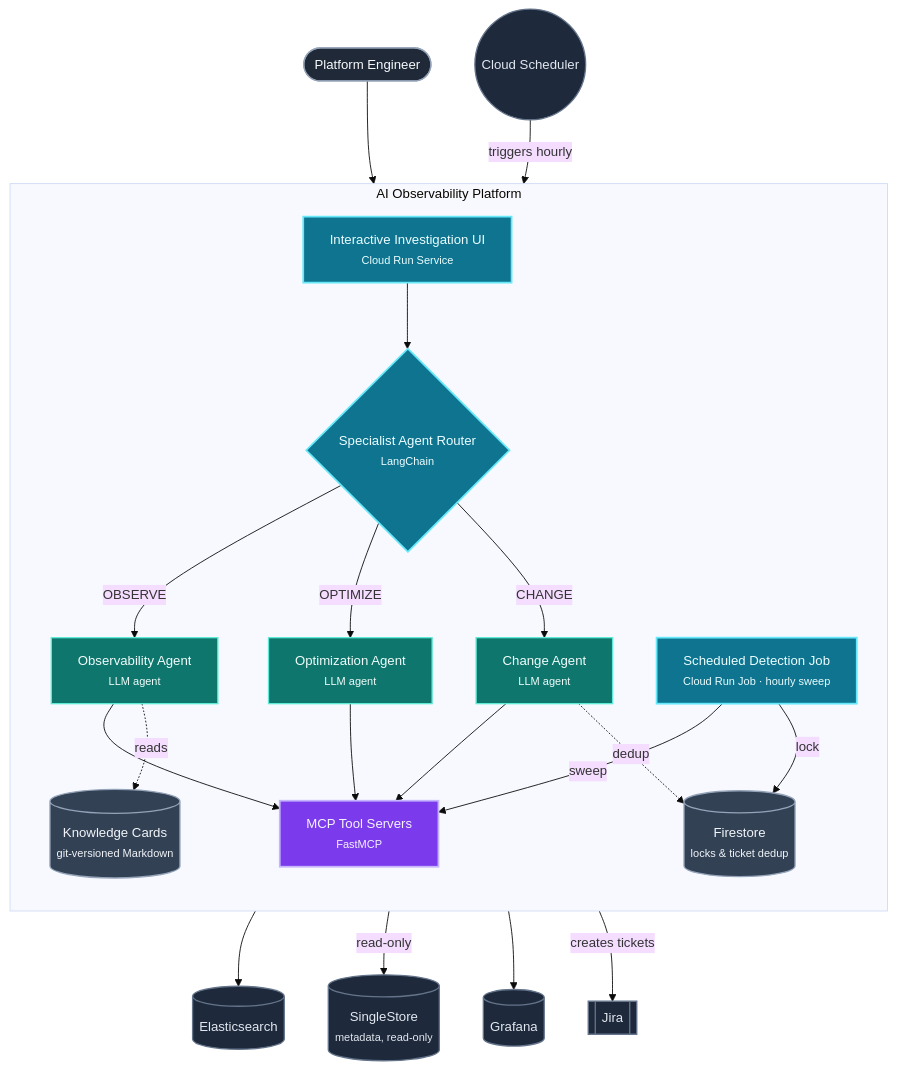
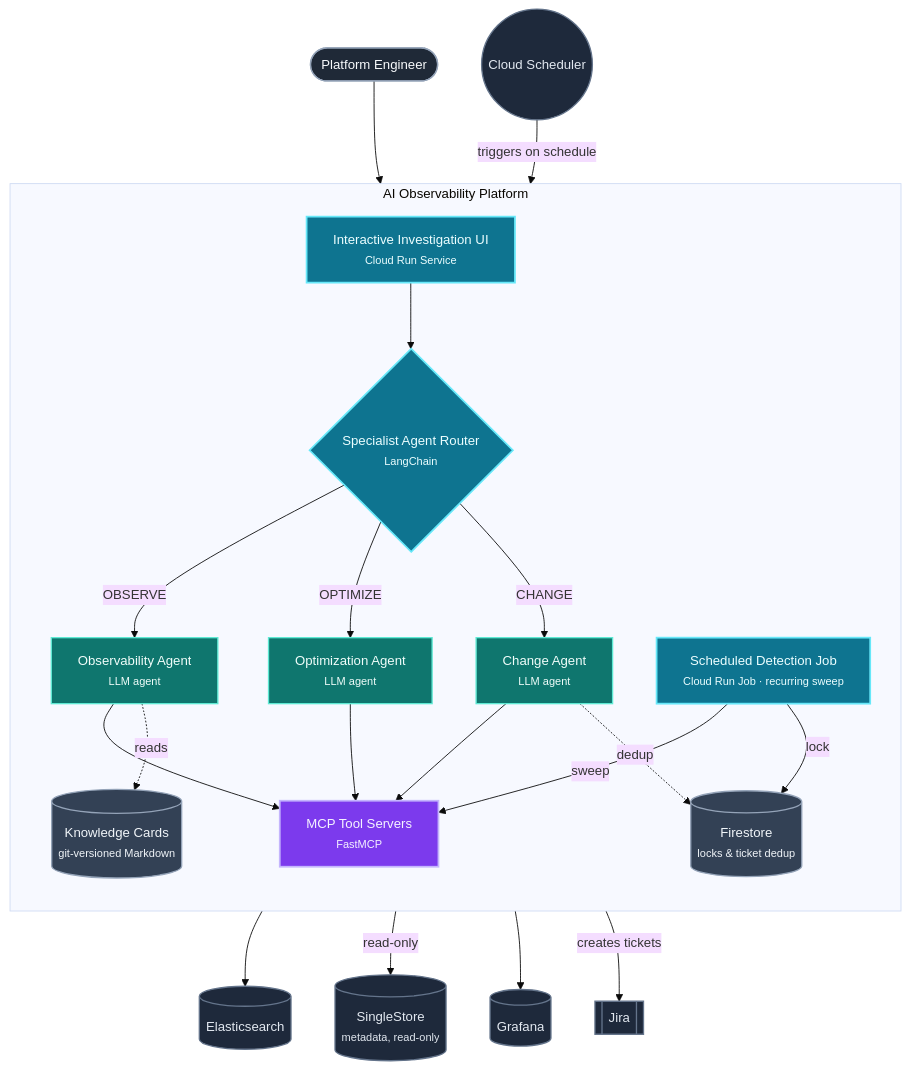
The third of 4 diagrams in case-studies/ai-observability-platform.md (kkumar-analytics/data-ai-architecture-decisions), drawn with Mermaid before and after one commit. The commit also changed other lines of this file and 9 other files, not shown here.

Commit message:
polish architecture portfolio for hiring review

````diff
--- a/case-studies/ai-observability-platform.md
+++ b/case-studies/ai-observability-platform.md
@@ -88,57 +89,57 @@
 ```mermaid
 %%{init: {"theme": "base", "themeVariables": {"fontSize": "15px"}}}%%
 flowchart TB
     classDef actor fill:#1f2937,stroke:#94a3b8,color:#f8fafc,stroke-width:1.5px
     classDef entry fill:#0e7490,stroke:#67e8f9,color:#ecfeff,stroke-width:2px
     classDef agent fill:#0f766e,stroke:#5eead4,color:#f0fdfa,stroke-width:1.5px
     classDef tool fill:#7c3aed,stroke:#c4b5fd,color:#f5f3ff,stroke-width:2px
     classDef store fill:#334155,stroke:#94a3b8,color:#f1f5f9,stroke-width:1.5px
     classDef external fill:#1e293b,stroke:#64748b,color:#e2e8f0,stroke-width:1.5px
 
     Engineer(["Platform Engineer"]):::actor
     Scheduler(("Cloud Scheduler")):::external
 
     subgraph Platform["AI Observability Platform"]
         direction TB
 
         UI["Interactive Investigation UI<br/><small>Cloud Run Service</small>"]:::entry
-        Job["Scheduled Detection Job<br/><small>Cloud Run Job · hourly sweep</small>"]:::entry
+        Job["Scheduled Detection Job<br/><small>Cloud Run Job · recurring sweep</small>"]:::entry
         Router{"Specialist Agent Router<br/><small>LangChain</small>"}:::entry
 
         ObsAgent["Observability Agent<br/><small>LLM agent</small>"]:::agent
         OptAgent["Optimization Agent<br/><small>LLM agent</small>"]:::agent
         ChgAgent["Change Agent<br/><small>LLM agent</small>"]:::agent
 
         MCP["MCP Tool Servers<br/><small>FastMCP</small>"]:::tool
 
         Lock[("Firestore<br/><small>locks & ticket dedup</small>")]:::store
         KB[("Knowledge Cards<br/><small>git-versioned Markdown</small>")]:::store
     end
 
     Telemetry[("Elasticsearch")]:::external
     DBEngine[("SingleStore<br/><small>metadata, read-only</small>")]:::external
     Dashboards[("Grafana")]:::external
     Ticketing[["Jira"]]:::external
 
     Engineer --> UI
-    Scheduler -->|"triggers hourly"| Job
+    Scheduler -->|"triggers on schedule"| Job
 
     UI --> Router
     Router -->|"OBSERVE"| ObsAgent
     Router -->|"OPTIMIZE"| OptAgent
     Router -->|"CHANGE"| ChgAgent
 
     Job -->|"sweep"| MCP
     Job -->|"lock"| Lock
 
     ObsAgent --> MCP
     OptAgent --> MCP
     ChgAgent --> MCP
     ObsAgent -.->|"reads"| KB
     ChgAgent -.->|"dedup"| Lock
 
     MCP --> Telemetry
     MCP -->|"read-only"| DBEngine
     MCP --> Dashboards
     MCP -->|"creates tickets"| Ticketing
 ```
````
